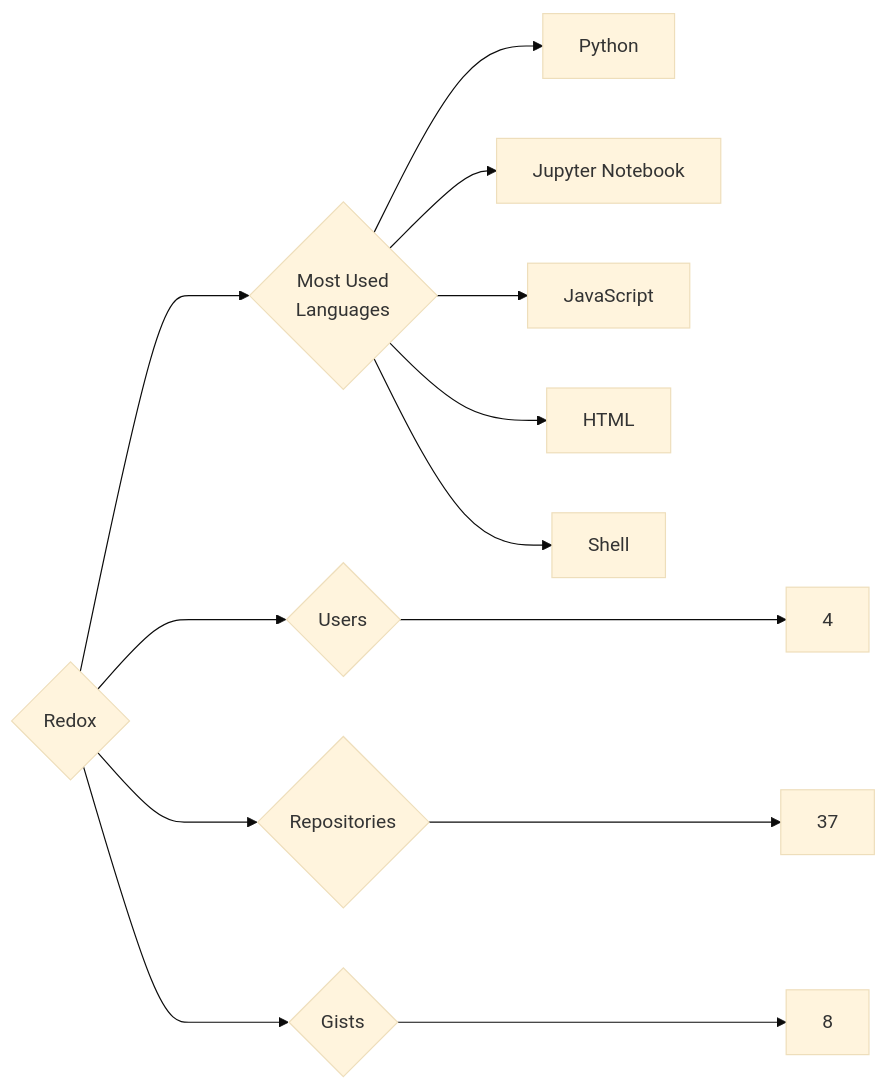
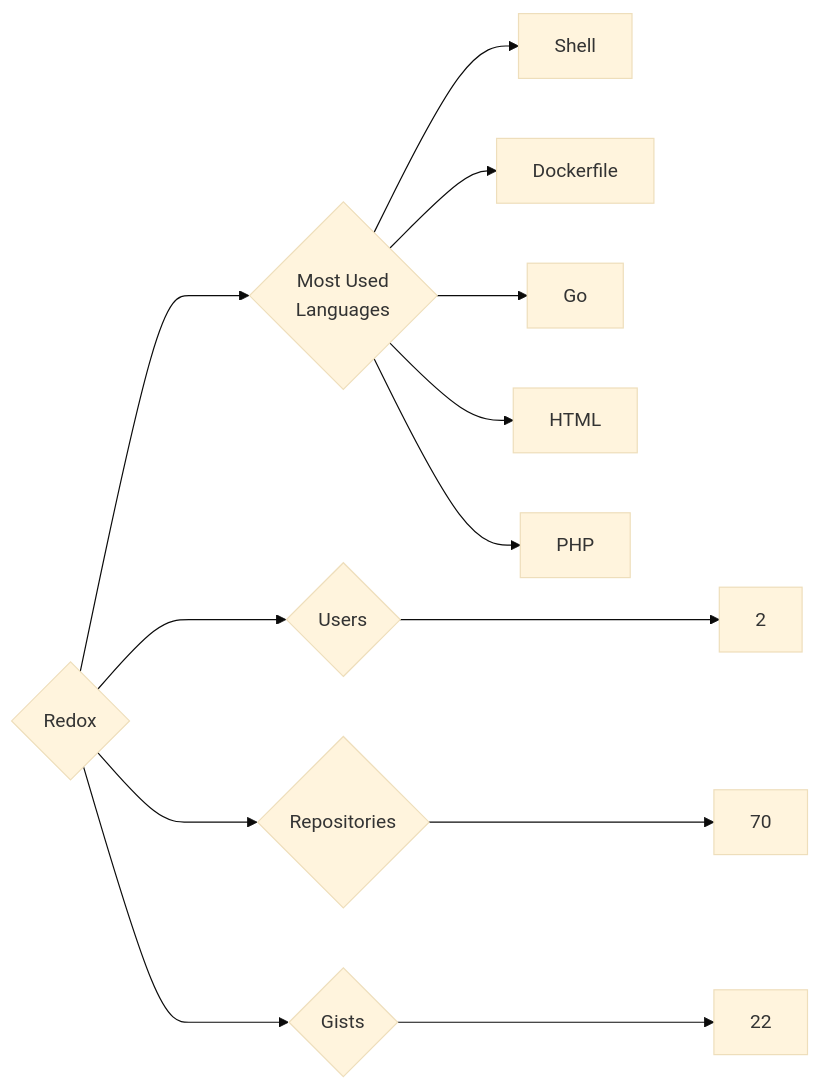
One commit to trickest/insiders changed the diagram in targets/Redox/README.md. Above: the diagram before and after it, drawn with Mermaid (base theme). The commit also changed 964 other files, not shown here.

````diff
--- a/targets/Redox/README.md
+++ b/targets/Redox/README.md
@@ -3,13 +3,13 @@
 ```mermaid
 graph LR
 COMPANY_NAME{Redox}
-COMPANY_NAME ---> U{Users} ---> UN[4]
-COMPANY_NAME ---> R{Repositories} ---> RN[37]
-COMPANY_NAME ---> G{Gists} ---> GN[8]
+COMPANY_NAME ---> U{Users} ---> UN[2]
+COMPANY_NAME ---> R{Repositories} ---> RN[70]
+COMPANY_NAME ---> G{Gists} ---> GN[22]
 COMPANY_NAME ---> ML{Most Used<br>Languages}
-ML --> Python[Python]
-ML --> Jupyter_Notebook[Jupyter Notebook]
-ML --> JavaScript[JavaScript]
+ML --> Shell[Shell]
+ML --> Dockerfile[Dockerfile]
+ML --> Go[Go]
 ML --> HTML[HTML]
-ML --> Shell[Shell]
+ML --> PHP[PHP]
 ```
````
